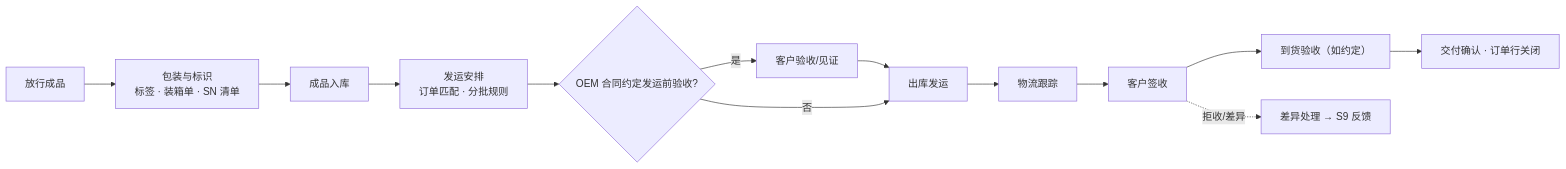
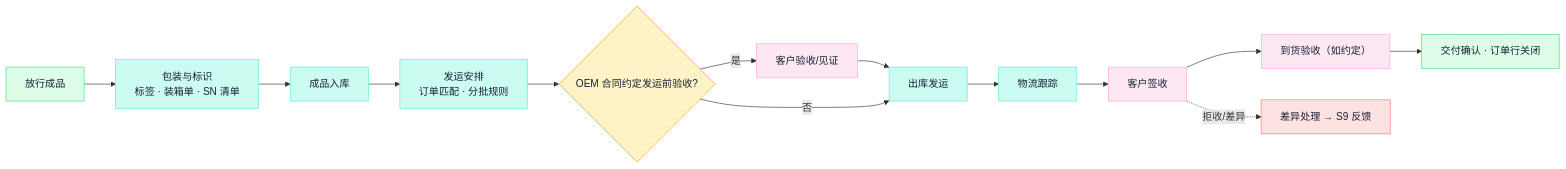
Diagram 13 of 16 in docs/manufacturing-system-handbook.md (ink-hz/AI-Manufacturing-Platform), drawn with Mermaid before and after one commit. The commit also changed other lines of this file, not shown here.

Commit message:
docs: publish maintained handbook diagram colors

````diff
--- a/docs/manufacturing-system-handbook.md
+++ b/docs/manufacturing-system-handbook.md
@@ -576,12 +707,22 @@
 ```mermaid
 flowchart LR
     A[放行成品] --> B[包装与标识<br/>标签 · 装箱单 · SN 清单]
     B --> C[成品入库]
     C --> D[发运安排<br/>订单匹配 · 分批规则]
     D --> E{OEM 合同约定发运前验收?}
     E -->|是| F[客户验收/见证] --> G[出库发运]
     E -->|否| G
     G --> H[物流跟踪] --> I[客户签收]
     I --> J[到货验收（如约定）] --> K[交付确认 · 订单行关闭]
     I -.拒收/差异.-> L[差异处理 → S9 反馈]
+    class A,K exec
+    class B,C,D,G,H flow
+    class E qa
+    class F,I,J cust
+    class L risk
+    classDef exec fill:#DCFCE7,stroke:#4ADE80,color:#172033;
+    classDef flow fill:#CCFBF1,stroke:#5EEAD4,color:#172033;
+    classDef qa fill:#FEF3C7,stroke:#F59E0B,color:#172033;
+    classDef cust fill:#FCE7F3,stroke:#F9A8D4,color:#172033;
+    classDef risk fill:#FEE2E2,stroke:#F87171,color:#172033;
 ```
````
